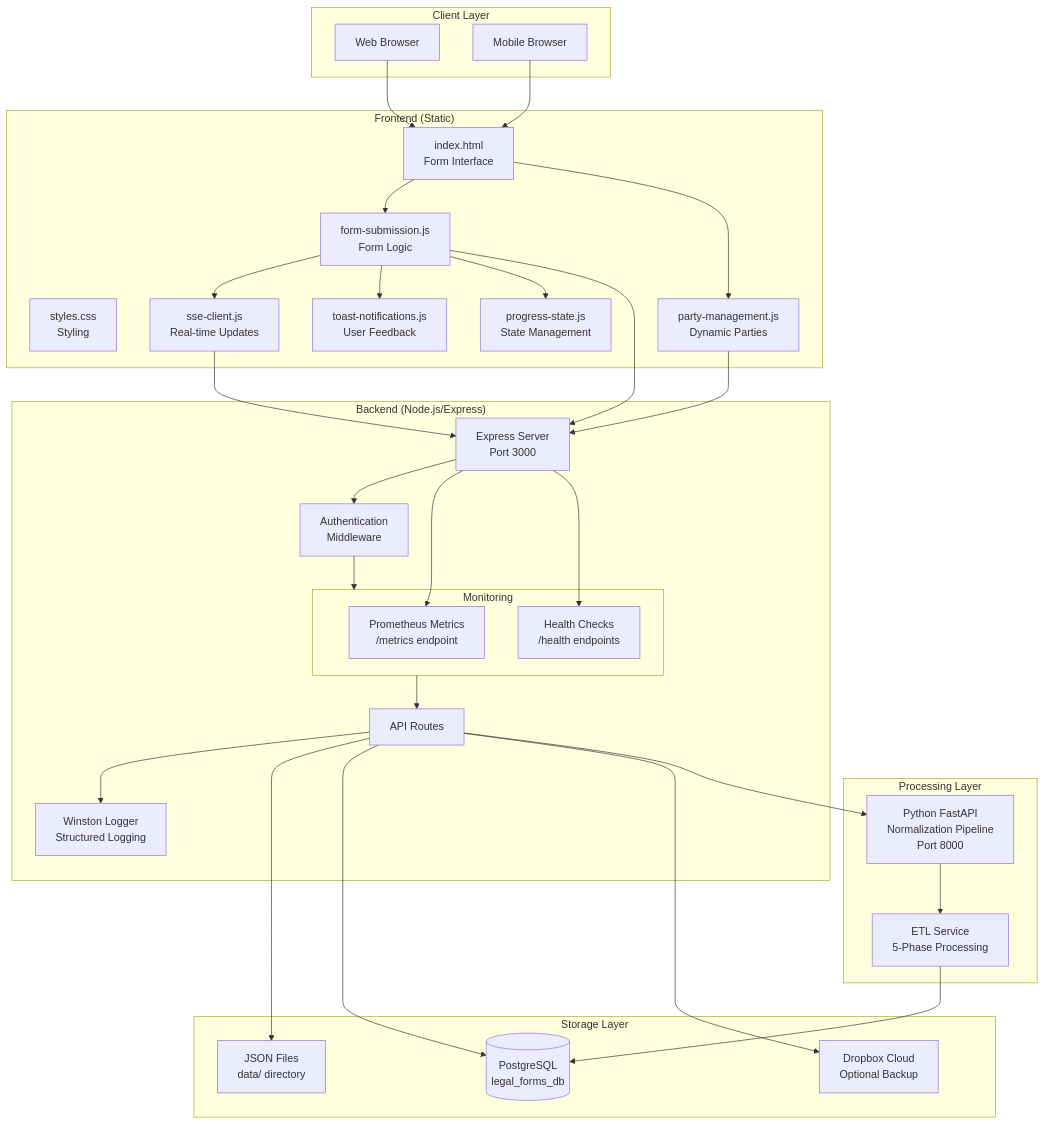
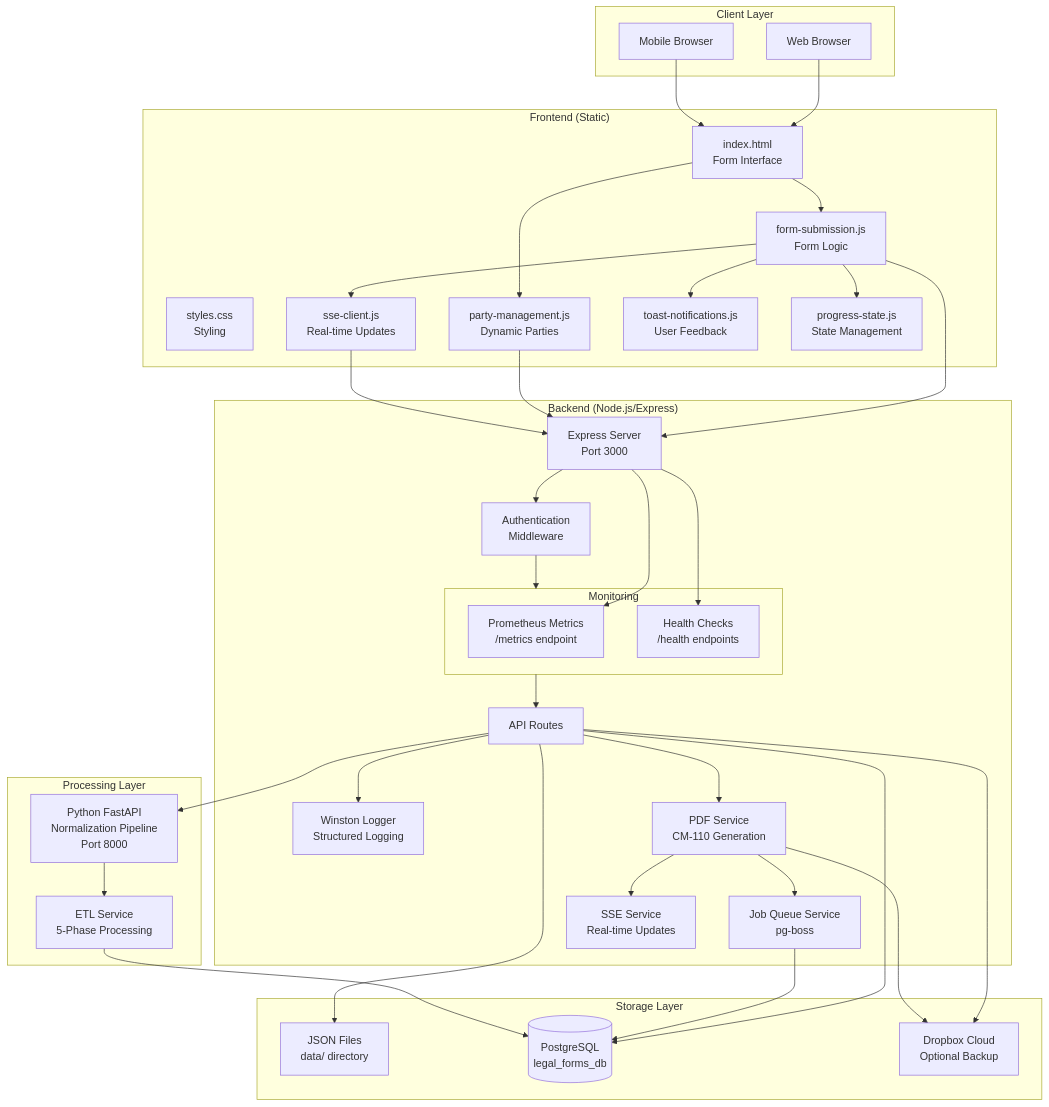
One commit to rthaines211/lipton-webserver changed the first of 12 diagrams in docs/ARCHITECTURE.md. Above: the diagram before and after it, drawn with Mermaid. The commit also changed other lines of this file and 438 other files, not shown here.

````diff
--- a/docs/ARCHITECTURE.md
+++ b/docs/ARCHITECTURE.md
@@ -29,69 +31,78 @@
 ```mermaid
 graph TB
     subgraph "Client Layer"
         Browser[Web Browser]
         MobileApp[Mobile Browser]
     end
 
     subgraph "Frontend (Static)"
         HTML[index.html<br/>Form Interface]
         CSS[styles.css<br/>Styling]
         JS1[form-submission.js<br/>Form Logic]
         JS2[party-management.js<br/>Dynamic Parties]
         JS3[sse-client.js<br/>Real-time Updates]
         JS4[toast-notifications.js<br/>User Feedback]
         JS5[progress-state.js<br/>State Management]
     end
 
     subgraph "Backend (Node.js/Express)"
         Express[Express Server<br/>Port 3000]
         Auth[Authentication<br/>Middleware]
         Monitoring[Monitoring & Metrics<br/>Middleware]
         Logger[Winston Logger<br/>Structured Logging]
         Routes[API Routes]
+        PDFService[PDF Service<br/>CM-110 Generation]
+        JobQueue[Job Queue Service<br/>pg-boss]
+        SSEService[SSE Service<br/>Real-time Updates]
     end
 
     subgraph "Storage Layer"
         FileSystem[JSON Files<br/>data/ directory]
         PostgreSQL[(PostgreSQL<br/>legal_forms_db)]
         Dropbox[Dropbox Cloud<br/>Optional Backup]
     end
 
     subgraph "Processing Layer"
         Pipeline[Python FastAPI<br/>Normalization Pipeline<br/>Port 8000]
         ETL[ETL Service<br/>5-Phase Processing]
     end
 
     subgraph "Monitoring"
         Prometheus[Prometheus Metrics<br/>/metrics endpoint]
         HealthChecks[Health Checks<br/>/health endpoints]
     end
 
     Browser --> HTML
     MobileApp --> HTML
     HTML --> JS1
     HTML --> JS2
     JS1 --> JS3
     JS1 --> JS4
     JS1 --> JS5
 
     JS1 --> Express
     JS2 --> Express
     JS3 --> Express
 
     Express --> Auth
     Auth --> Monitoring
     Monitoring --> Routes
     Routes --> Logger
 
     Routes --> FileSystem
     Routes --> PostgreSQL
     Routes --> Dropbox
     Routes --> Pipeline
+    Routes --> PDFService
+
+    PDFService --> JobQueue
+    PDFService --> SSEService
+    PDFService --> Dropbox
+    JobQueue --> PostgreSQL
 
     Pipeline --> ETL
     ETL --> PostgreSQL
 
     Express --> Prometheus
     Express --> HealthChecks
 ```
````
